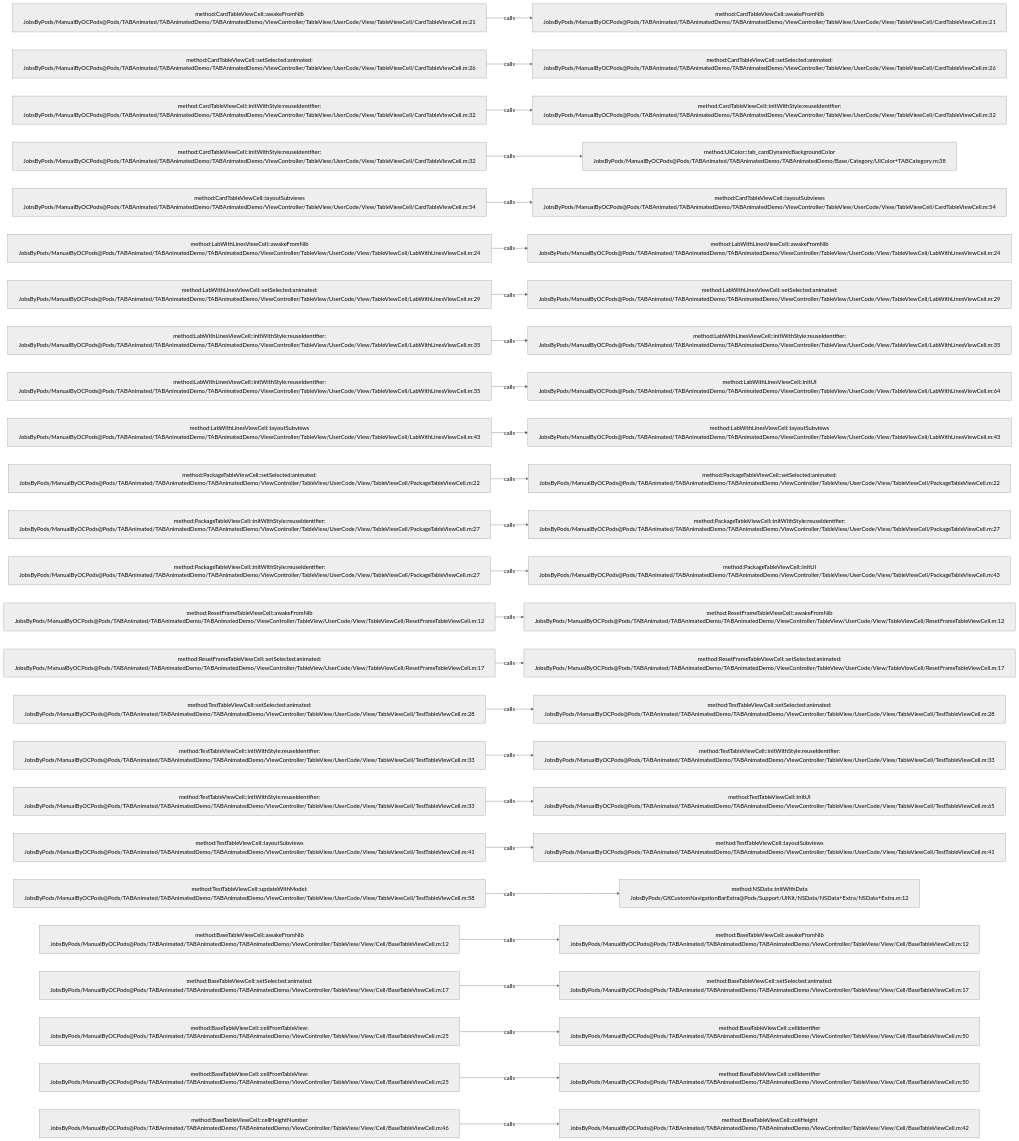
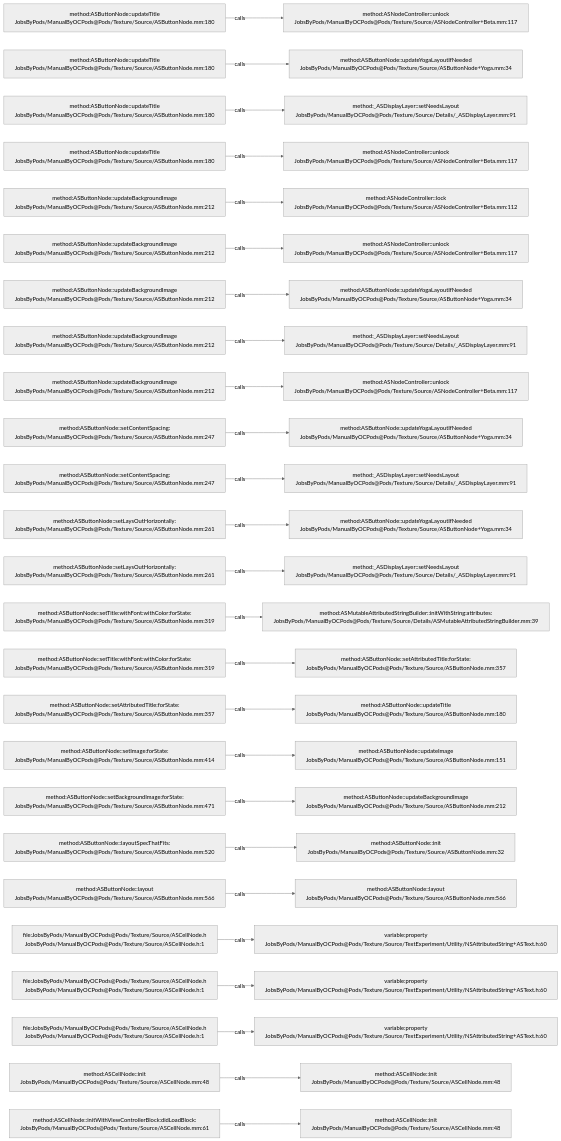
Before and after one commit to JobsKits/JobsOCBaseConfigDemo: the diagram in .codegraph/codegraph.md/graphs/calls-058.md, drawn with Mermaid (neutral theme). The commit also changed 2723 other files, not shown here.

````diff
--- a/.codegraph/codegraph.md/graphs/calls-058.md
+++ b/.codegraph/codegraph.md/graphs/calls-058.md
@@ -13,78 +13,78 @@
 ```mermaid
 flowchart LR
-  S1["method:CardTableViewCell::awakeFromNib<br/>JobsByPods/ManualByOCPods@Pods/TABAnimated/TABAnimatedDemo/TABAnimatedDemo/ViewController/TableView/UserCode/View/TableViewCell/CardTableViewCell.m:21"]
-  T1["method:CardTableViewCell::awakeFromNib<br/>JobsByPods/ManualByOCPods@Pods/TABAnimated/TABAnimatedDemo/TABAnimatedDemo/ViewController/TableView/UserCode/View/TableViewCell/CardTableViewCell.m:21"]
+  S1["method:ASButtonNode::updateTitle<br/>JobsByPods/ManualByOCPods@Pods/Texture/Source/ASButtonNode.mm:180"]
+  T1["method:ASNodeController::unlock<br/>JobsByPods/ManualByOCPods@Pods/Texture/Source/ASNodeController+Beta.mm:117"]
   S1 -->|calls| T1
-  S2["method:CardTableViewCell::setSelected:animated:<br/>JobsByPods/ManualByOCPods@Pods/TABAnimated/TABAnimatedDemo/TABAnimatedDemo/ViewController/TableView/UserCode/View/TableViewCell/CardTableViewCell.m:26"]
-  T2["method:CardTableViewCell::setSelected:animated:<br/>JobsByPods/ManualByOCPods@Pods/TABAnimated/TABAnimatedDemo/TABAnimatedDemo/ViewController/TableView/UserCode/View/TableViewCell/CardTableViewCell.m:26"]
+  S2["method:ASButtonNode::updateTitle<br/>JobsByPods/ManualByOCPods@Pods/Texture/Source/ASButtonNode.mm:180"]
+  T2["method:ASButtonNode::updateYogaLayoutIfNeeded<br/>JobsByPods/ManualByOCPods@Pods/Texture/Source/ASButtonNode+Yoga.mm:34"]
   S2 -->|calls| T2
-  S3["method:CardTableViewCell::initWithStyle:reuseIdentifier:<br/>JobsByPods/ManualByOCPods@Pods/TABAnimated/TABAnimatedDemo/TABAnimatedDemo/ViewController/TableView/UserCode/View/TableViewCell/CardTableViewCell.m:32"]
-  T3["method:CardTableViewCell::initWithStyle:reuseIdentifier:<br/>JobsByPods/ManualByOCPods@Pods/TABAnimated/TABAnimatedDemo/TABAnimatedDemo/ViewController/TableView/UserCode/View/TableViewCell/CardTableViewCell.m:32"]
+  S3["method:ASButtonNode::updateTitle<br/>JobsByPods/ManualByOCPods@Pods/Texture/Source/ASButtonNode.mm:180"]
+  T3["method:_ASDisplayLayer::setNeedsLayout<br/>JobsByPods/ManualByOCPods@Pods/Texture/Source/Details/_ASDisplayLayer.mm:91"]
   S3 -->|calls| T3
-  S4["method:CardTableViewCell::initWithStyle:reuseIdentifier:<br/>JobsByPods/ManualByOCPods@Pods/TABAnimated/TABAnimatedDemo/TABAnimatedDemo/ViewController/TableView/UserCode/View/TableViewCell/CardTableViewCell.m:32"]
-  T4["method:UIColor::tab_cardDynamicBackgroundColor<br/>JobsByPods/ManualByOCPods@Pods/TABAnimated/TABAnimatedDemo/TABAnimatedDemo/Base/Category/UIColor+TABCategory.m:38"]
+  S4["method:ASButtonNode::updateTitle<br/>JobsByPods/ManualByOCPods@Pods/Texture/Source/ASButtonNode.mm:180"]
+  T4["method:ASNodeController::unlock<br/>JobsByPods/ManualByOCPods@Pods/Texture/Source/ASNodeController+Beta.mm:117"]
   S4 -->|calls| T4
-  S5["method:CardTableViewCell::layoutSubviews<br/>JobsByPods/ManualByOCPods@Pods/TABAnimated/TABAnimatedDemo/TABAnimatedDemo/ViewController/TableView/UserCode/View/TableViewCell/CardTableViewCell.m:54"]
-  T5["method:CardTableViewCell::layoutSubviews<br/>JobsByPods/ManualByOCPods@Pods/TABAnimated/TABAnimatedDemo/TABAnimatedDemo/ViewController/TableView/UserCode/View/TableViewCell/CardTableViewCell.m:54"]
+  S5["method:ASButtonNode::updateBackgroundImage<br/>JobsByPods/ManualByOCPods@Pods/Texture/Source/ASButtonNode.mm:212"]
+  T5["method:ASNodeController::lock<br/>JobsByPods/ManualByOCPods@Pods/Texture/Source/ASNodeController+Beta.mm:112"]
   S5 -->|calls| T5
-  S6["method:LabWithLinesViewCell::awakeFromNib<br/>JobsByPods/ManualByOCPods@Pods/TABAnimated/TABAnimatedDemo/TABAnimatedDemo/ViewController/TableView/UserCode/View/TableViewCell/LabWithLinesViewCell.m:24"]
-  T6["method:LabWithLinesViewCell::awakeFromNib<br/>JobsByPods/ManualByOCPods@Pods/TABAnimated/TABAnimatedDemo/TABAnimatedDemo/ViewController/TableView/UserCode/View/TableViewCell/LabWithLinesViewCell.m:24"]
+  S6["method:ASButtonNode::updateBackgroundImage<br/>JobsByPods/ManualByOCPods@Pods/Texture/Source/ASButtonNode.mm:212"]
+  T6["method:ASNodeController::unlock<br/>JobsByPods/ManualByOCPods@Pods/Texture/Source/ASNodeController+Beta.mm:117"]
   S6 -->|calls| T6
-  S7["method:LabWithLinesViewCell::setSelected:animated:<br/>JobsByPods/ManualByOCPods@Pods/TABAnimated/TABAnimatedDemo/TABAnimatedDemo/ViewController/TableView/UserCode/View/TableViewCell/LabWithLinesViewCell.m:29"]
-  T7["method:LabWithLinesViewCell::setSelected:animated:<br/>JobsByPods/ManualByOCPods@Pods/TABAnimated/TABAnimatedDemo/TABAnimatedDemo/ViewController/TableView/UserCode/View/TableViewCell/LabWithLinesViewCell.m:29"]
+  S7["method:ASButtonNode::updateBackgroundImage<br/>JobsByPods/ManualByOCPods@Pods/Texture/Source/ASButtonNode.mm:212"]
+  T7["method:ASButtonNode::updateYogaLayoutIfNeeded<br/>JobsByPods/ManualByOCPods@Pods/Texture/Source/ASButtonNode+Yoga.mm:34"]
   S7 -->|calls| T7
-  S8["method:LabWithLinesViewCell::initWithStyle:reuseIdentifier:<br/>JobsByPods/ManualByOCPods@Pods/TABAnimated/TABAnimatedDemo/TABAnimatedDemo/ViewController/TableView/UserCode/View/TableViewCell/LabWithLinesViewCell.m:35"]
-  T8["method:LabWithLinesViewCell::initWithStyle:reuseIdentifier:<br/>JobsByPods/ManualByOCPods@Pods/TABAnimated/TABAnimatedDemo/TABAnimatedDemo/ViewController/TableView/UserCode/View/TableViewCell/LabWithLinesViewCell.m:35"]
+  S8["method:ASButtonNode::updateBackgroundImage<br/>JobsByPods/ManualByOCPods@Pods/Texture/Source/ASButtonNode.mm:212"]
+  T8["method:_ASDisplayLayer::setNeedsLayout<br/>JobsByPods/ManualByOCPods@Pods/Texture/Source/Details/_ASDisplayLayer.mm:91"]
   S8 -->|calls| T8
-  S9["method:LabWithLinesViewCell::initWithStyle:reuseIdentifier:<br/>JobsByPods/ManualByOCPods@Pods/TABAnimated/TABAnimatedDemo/TABAnimatedDemo/ViewController/TableView/UserCode/View/TableViewCell/LabWithLinesViewCell.m:35"]
-  T9["method:LabWithLinesViewCell::initUI<br/>JobsByPods/ManualByOCPods@Pods/TABAnimated/TABAnimatedDemo/TABAnimatedDemo/ViewController/TableView/UserCode/View/TableViewCell/LabWithLinesViewCell.m:64"]
+  S9["method:ASButtonNode::updateBackgroundImage<br/>JobsByPods/ManualByOCPods@Pods/Texture/Source/ASButtonNode.mm:212"]
+  T9["method:ASNodeController::unlock<br/>JobsByPods/ManualByOCPods@Pods/Texture/Source/ASNodeController+Beta.mm:117"]
   S9 -->|calls| T9
-  S10["method:LabWithLinesViewCell::layoutSubviews<br/>JobsByPods/ManualByOCPods@Pods/TABAnimated/TABAnimatedDemo/TABAnimatedDemo/ViewController/TableView/UserCode/View/TableViewCell/LabWithLinesViewCell.m:43"]
-  T10["method:LabWithLinesViewCell::layoutSubviews<br/>JobsByPods/ManualByOCPods@Pods/TABAnimated/TABAnimatedDemo/TABAnimatedDemo/ViewController/TableView/UserCode/View/TableViewCell/LabWithLinesViewCell.m:43"]
+  S10["method:ASButtonNode::setContentSpacing:<br/>JobsByPods/ManualByOCPods@Pods/Texture/Source/ASButtonNode.mm:247"]
+  T10["method:ASButtonNode::updateYogaLayoutIfNeeded<br/>JobsByPods/ManualByOCPods@Pods/Texture/Source/ASButtonNode+Yoga.mm:34"]
   S10 -->|calls| T10
-  S11["method:PackageTableViewCell::setSelected:animated:<br/>JobsByPods/ManualByOCPods@Pods/TABAnimated/TABAnimatedDemo/TABAnimatedDemo/ViewController/TableView/UserCode/View/TableViewCell/PackageTableViewCell.m:22"]
-  T11["method:PackageTableViewCell::setSelected:animated:<br/>JobsByPods/ManualByOCPods@Pods/TABAnimated/TABAnimatedDemo/TABAnimatedDemo/ViewController/TableView/UserCode/View/TableViewCell/PackageTableViewCell.m:22"]
+  S11["method:ASButtonNode::setContentSpacing:<br/>JobsByPods/ManualByOCPods@Pods/Texture/Source/ASButtonNode.mm:247"]
+  T11["method:_ASDisplayLayer::setNeedsLayout<br/>JobsByPods/ManualByOCPods@Pods/Texture/Source/Details/_ASDisplayLayer.mm:91"]
   S11 -->|calls| T11
-  S12["method:PackageTableViewCell::initWithStyle:reuseIdentifier:<br/>JobsByPods/ManualByOCPods@Pods/TABAnimated/TABAnimatedDemo/TABAnimatedDemo/ViewController/TableView/UserCode/View/TableViewCell/PackageTableViewCell.m:27"]
-  T12["method:PackageTableViewCell::initWithStyle:reuseIdentifier:<br/>JobsByPods/ManualByOCPods@Pods/TABAnimated/TABAnimatedDemo/TABAnimatedDemo/ViewController/TableView/UserCode/View/TableViewCell/PackageTableViewCell.m:27"]
+  S12["method:ASButtonNode::setLaysOutHorizontally:<br/>JobsByPods/ManualByOCPods@Pods/Texture/Source/ASButtonNode.mm:261"]
+  T12["method:ASButtonNode::updateYogaLayoutIfNeeded<br/>JobsByPods/ManualByOCPods@Pods/Texture/Source/ASButtonNode+Yoga.mm:34"]
   S12 -->|calls| T12
-  S13["method:PackageTableViewCell::initWithStyle:reuseIdentifier:<br/>JobsByPods/ManualByOCPods@Pods/TABAnimated/TABAnimatedDemo/TABAnimatedDemo/ViewController/TableView/UserCode/View/TableViewCell/PackageTableViewCell.m:27"]
-  T13["method:PackageTableViewCell::initUI<br/>JobsByPods/ManualByOCPods@Pods/TABAnimated/TABAnimatedDemo/TABAnimatedDemo/ViewController/TableView/UserCode/View/TableViewCell/PackageTableViewCell.m:43"]
+  S13["method:ASButtonNode::setLaysOutHorizontally:<br/>JobsByPods/ManualByOCPods@Pods/Texture/Source/ASButtonNode.mm:261"]
+  T13["method:_ASDisplayLayer::setNeedsLayout<br/>JobsByPods/ManualByOCPods@Pods/Texture/Source/Details/_ASDisplayLayer.mm:91"]
   S13 -->|calls| T13
-  S14["method:ResetFrameTableViewCell::awakeFromNib<br/>JobsByPods/ManualByOCPods@Pods/TABAnimated/TABAnimatedDemo/TABAnimatedDemo/ViewController/TableView/UserCode/View/TableViewCell/ResetFrameTableViewCell.m:12"]
-  T14["method:ResetFrameTableViewCell::awakeFromNib<br/>JobsByPods/ManualByOCPods@Pods/TABAnimated/TABAnimatedDemo/TABAnimatedDemo/ViewController/TableView/UserCode/View/TableViewCell/ResetFrameTableViewCell.m:12"]
+  S14["method:ASButtonNode::setTitle:withFont:withColor:forState:<br/>JobsByPods/ManualByOCPods@Pods/Texture/Source/ASButtonNode.mm:319"]
+  T14["method:ASMutableAttributedStringBuilder::initWithString:attributes:<br/>JobsByPods/ManualByOCPods@Pods/Texture/Source/Details/ASMutableAttributedStringBuilder.mm:39"]
   S14 -->|calls| T14
-  S15["method:ResetFrameTableViewCell::setSelected:animated:<br/>JobsByPods/ManualByOCPods@Pods/TABAnimated/TABAnimatedDemo/TABAnimatedDemo/ViewController/TableView/UserCode/View/TableViewCell/ResetFrameTableViewCell.m:17"]
-  T15["method:ResetFrameTableViewCell::setSelected:animated:<br/>JobsByPods/ManualByOCPods@Pods/TABAnimated/TABAnimatedDemo/TABAnimatedDemo/ViewController/TableView/UserCode/View/TableViewCell/ResetFrameTableViewCell.m:17"]
+  S15["method:ASButtonNode::setTitle:withFont:withColor:forState:<br/>JobsByPods/ManualByOCPods@Pods/Texture/Source/ASButtonNode.mm:319"]
+  T15["method:ASButtonNode::setAttributedTitle:forState:<br/>JobsByPods/ManualByOCPods@Pods/Texture/Source/ASButtonNode.mm:357"]
   S15 -->|calls| T15
-  S16["method:TestTableViewCell::setSelected:animated:<br/>JobsByPods/ManualByOCPods@Pods/TABAnimated/TABAnimatedDemo/TABAnimatedDemo/ViewController/TableView/UserCode/View/TableViewCell/TestTableViewCell.m:28"]
-  T16["method:TestTableViewCell::setSelected:animated:<br/>JobsByPods/ManualByOCPods@Pods/TABAnimated/TABAnimatedDemo/TABAnimatedDemo/ViewController/TableView/UserCode/View/TableViewCell/TestTableViewCell.m:28"]
+  S16["method:ASButtonNode::setAttributedTitle:forState:<br/>JobsByPods/ManualByOCPods@Pods/Texture/Source/ASButtonNode.mm:357"]
+  T16["method:ASButtonNode::updateTitle<br/>JobsByPods/ManualByOCPods@Pods/Texture/Source/ASButtonNode.mm:180"]
   S16 -->|calls| T16
-  S17["method:TestTableViewCell::initWithStyle:reuseIdentifier:<br/>JobsByPods/ManualByOCPods@Pods/TABAnimated/TABAnimatedDemo/TABAnimatedDemo/ViewController/TableView/UserCode/View/TableViewCell/TestTableViewCell.m:33"]
-  T17["method:TestTableViewCell::initWithStyle:reuseIdentifier:<br/>JobsByPods/ManualByOCPods@Pods/TABAnimated/TABAnimatedDemo/TABAnimatedDemo/ViewController/TableView/UserCode/View/TableViewCell/TestTableViewCell.m:33"]
+  S17["method:ASButtonNode::setImage:forState:<br/>JobsByPods/ManualByOCPods@Pods/Texture/Source/ASButtonNode.mm:414"]
+  T17["method:ASButtonNode::updateImage<br/>JobsByPods/ManualByOCPods@Pods/Texture/Source/ASButtonNode.mm:151"]
   S17 -->|calls| T17
-  S18["method:TestTableViewCell::initWithStyle:reuseIdentifier:<br/>JobsByPods/ManualByOCPods@Pods/TABAnimated/TABAnimatedDemo/TABAnimatedDemo/ViewController/TableView/UserCode/View/TableViewCell/TestTableViewCell.m:33"]
-  T18["method:TestTableViewCell::initUI<br/>JobsByPods/ManualByOCPods@Pods/TABAnimated/TABAnimatedDemo/TABAnimatedDemo/ViewController/TableView/UserCode/View/TableViewCell/TestTableViewCell.m:65"]
+  S18["method:ASButtonNode::setBackgroundImage:forState:<br/>JobsByPods/ManualByOCPods@Pods/Texture/Source/ASButtonNode.mm:471"]
+  T18["method:ASButtonNode::updateBackgroundImage<br/>JobsByPods/ManualByOCPods@Pods/Texture/Source/ASButtonNode.mm:212"]
   S18 -->|calls| T18
-  S19["method:TestTableViewCell::layoutSubviews<br/>JobsByPods/ManualByOCPods@Pods/TABAnimated/TABAnimatedDemo/TABAnimatedDemo/ViewController/TableView/UserCode/View/TableViewCell/TestTableViewCell.m:41"]
-  T19["method:TestTableViewCell::layoutSubviews<br/>JobsByPods/ManualByOCPods@Pods/TABAnimated/TABAnimatedDemo/TABAnimatedDemo/ViewController/TableView/UserCode/View/TableViewCell/TestTableViewCell.m:41"]
+  S19["method:ASButtonNode::layoutSpecThatFits:<br/>JobsByPods/ManualByOCPods@Pods/Texture/Source/ASButtonNode.mm:520"]
+  T19["method:ASButtonNode::init<br/>JobsByPods/ManualByOCPods@Pods/Texture/Source/ASButtonNode.mm:32"]
   S19 -->|calls| T19
-  S20["method:TestTableViewCell::updateWithModel:<br/>JobsByPods/ManualByOCPods@Pods/TABAnimated/TABAnimatedDemo/TABAnimatedDemo/ViewController/TableView/UserCode/View/TableViewCell/TestTableViewCell.m:58"]
-  T20["method:NSData::initWithData<br/>JobsByPods/GKCustomNavigationBarExtra@Pods/Support/UIKit/NSData/NSData+Extra/NSData+Extra.m:12"]
+  S20["method:ASButtonNode::layout<br/>JobsByPods/ManualByOCPods@Pods/Texture/Source/ASButtonNode.mm:566"]
+  T20["method:ASButtonNode::layout<br/>JobsByPods/ManualByOCPods@Pods/Texture/Source/ASButtonNode.mm:566"]
   S20 -->|calls| T20
-  S21["method:BaseTableViewCell::awakeFromNib<br/>JobsByPods/ManualByOCPods@Pods/TABAnimated/TABAnimatedDemo/TABAnimatedDemo/ViewController/TableView/View/Cell/BaseTableViewCell.m:12"]
-  T21["method:BaseTableViewCell::awakeFromNib<br/>JobsByPods/ManualByOCPods@Pods/TABAnimated/TABAnimatedDemo/TABAnimatedDemo/ViewController/TableView/View/Cell/BaseTableViewCell.m:12"]
+  S21["file:JobsByPods/ManualByOCPods@Pods/Texture/Source/ASCellNode.h<br/>JobsByPods/ManualByOCPods@Pods/Texture/Source/ASCellNode.h:1"]
+  T21["variable:property<br/>JobsByPods/ManualByOCPods@Pods/Texture/Source/TextExperiment/Utility/NSAttributedString+ASText.h:60"]
   S21 -->|calls| T21
-  S22["method:BaseTableViewCell::setSelected:animated:<br/>JobsByPods/ManualByOCPods@Pods/TABAnimated/TABAnimatedDemo/TABAnimatedDemo/ViewController/TableView/View/Cell/BaseTableViewCell.m:17"]
-  T22["method:BaseTableViewCell::setSelected:animated:<br/>JobsByPods/ManualByOCPods@Pods/TABAnimated/TABAnimatedDemo/TABAnimatedDemo/ViewController/TableView/View/Cell/BaseTableViewCell.m:17"]
+  S22["file:JobsByPods/ManualByOCPods@Pods/Texture/Source/ASCellNode.h<br/>JobsByPods/ManualByOCPods@Pods/Texture/Source/ASCellNode.h:1"]
+  T22["variable:property<br/>JobsByPods/ManualByOCPods@Pods/Texture/Source/TextExperiment/Utility/NSAttributedString+ASText.h:60"]
   S22 -->|calls| T22
-  S23["method:BaseTableViewCell::cellFromTableView:<br/>JobsByPods/ManualByOCPods@Pods/TABAnimated/TABAnimatedDemo/TABAnimatedDemo/ViewController/TableView/View/Cell/BaseTableViewCell.m:25"]
-  T23["method:BaseTableViewCell::cellIdentifier<br/>JobsByPods/ManualByOCPods@Pods/TABAnimated/TABAnimatedDemo/TABAnimatedDemo/ViewController/TableView/View/Cell/BaseTableViewCell.m:50"]
+  S23["file:JobsByPods/ManualByOCPods@Pods/Texture/Source/ASCellNode.h<br/>JobsByPods/ManualByOCPods@Pods/Texture/Source/ASCellNode.h:1"]
+  T23["variable:property<br/>JobsByPods/ManualByOCPods@Pods/Texture/Source/TextExperiment/Utility/NSAttributedString+ASText.h:60"]
   S23 -->|calls| T23
-  S24["method:BaseTableViewCell::cellFromTableView:<br/>JobsByPods/ManualByOCPods@Pods/TABAnimated/TABAnimatedDemo/TABAnimatedDemo/ViewController/TableView/View/Cell/BaseTableViewCell.m:25"]
-  T24["method:BaseTableViewCell::cellIdentifier<br/>JobsByPods/ManualByOCPods@Pods/TABAnimated/TABAnimatedDemo/TABAnimatedDemo/ViewController/TableView/View/Cell/BaseTableViewCell.m:50"]
+  S24["method:ASCellNode::init<br/>JobsByPods/ManualByOCPods@Pods/Texture/Source/ASCellNode.mm:48"]
+  T24["method:ASCellNode::init<br/>JobsByPods/ManualByOCPods@Pods/Texture/Source/ASCellNode.mm:48"]
   S24 -->|calls| T24
-  S25["method:BaseTableViewCell::cellHeightNumber<br/>JobsByPods/ManualByOCPods@Pods/TABAnimated/TABAnimatedDemo/TABAnimatedDemo/ViewController/TableView/View/Cell/BaseTableViewCell.m:46"]
-  T25["method:BaseTableViewCell::cellHeight<br/>JobsByPods/ManualByOCPods@Pods/TABAnimated/TABAnimatedDemo/TABAnimatedDemo/ViewController/TableView/View/Cell/BaseTableViewCell.m:42"]
+  S25["method:ASCellNode::initWithViewControllerBlock:didLoadBlock:<br/>JobsByPods/ManualByOCPods@Pods/Texture/Source/ASCellNode.mm:61"]
+  T25["method:ASCellNode::init<br/>JobsByPods/ManualByOCPods@Pods/Texture/Source/ASCellNode.mm:48"]
   S25 -->|calls| T25
 ```
````
